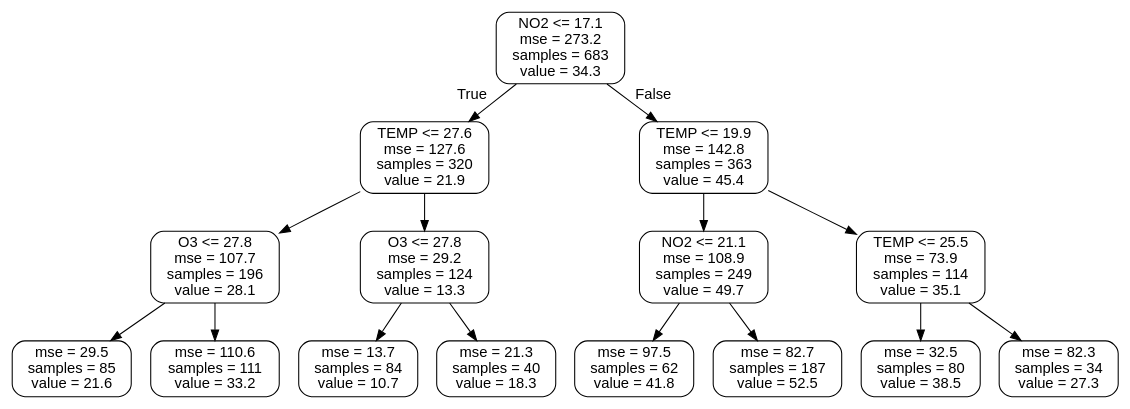
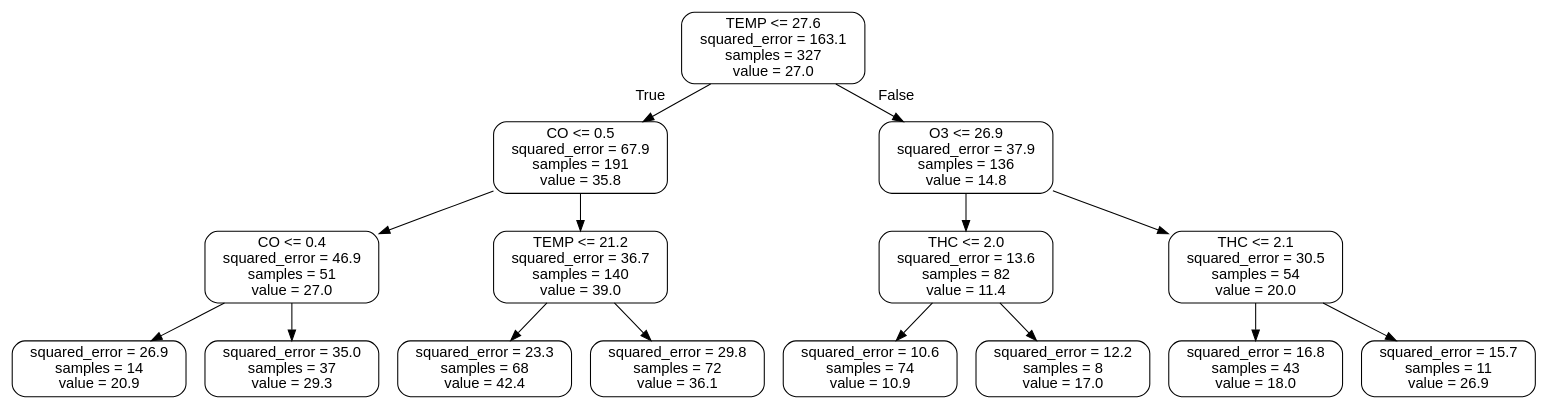
One commit to bunshue/vcs changed the diagram in _4.python/__code/Python-PM2.5-DataAnalyzing-master/small_tree.dot. Above: the diagram before and after it, drawn with Graphviz. The commit also changed 80 other files, not shown here.

```diff
--- a/_4.python/__code/Python-PM2.5-DataAnalyzing-master/small_tree.dot
+++ b/_4.python/__code/Python-PM2.5-DataAnalyzing-master/small_tree.dot
@@ -1,33 +1,33 @@
 digraph Tree {
-node [shape=box, style="rounded", color="black", fontname=helvetica] ;
-edge [fontname=helvetica] ;
-0 [label="NO2 <= 17.1\nmse = 273.2\nsamples = 683\nvalue = 34.3"] ;
-1 [label="TEMP <= 27.6\nmse = 127.6\nsamples = 320\nvalue = 21.9"] ;
+node [shape=box, style="rounded", color="black", fontname="helvetica"] ;
+edge [fontname="helvetica"] ;
+0 [label="TEMP <= 27.6\nsquared_error = 163.1\nsamples = 327\nvalue = 27.0"] ;
+1 [label="CO <= 0.5\nsquared_error = 67.9\nsamples = 191\nvalue = 35.8"] ;
 0 -> 1 [labeldistance=2.5, labelangle=45, headlabel="True"] ;
-2 [label="O3 <= 27.8\nmse = 107.7\nsamples = 196\nvalue = 28.1"] ;
+2 [label="CO <= 0.4\nsquared_error = 46.9\nsamples = 51\nvalue = 27.0"] ;
 1 -> 2 ;
-3 [label="mse = 29.5\nsamples = 85\nvalue = 21.6"] ;
+3 [label="squared_error = 26.9\nsamples = 14\nvalue = 20.9"] ;
 2 -> 3 ;
-4 [label="mse = 110.6\nsamples = 111\nvalue = 33.2"] ;
+4 [label="squared_error = 35.0\nsamples = 37\nvalue = 29.3"] ;
 2 -> 4 ;
-5 [label="O3 <= 27.8\nmse = 29.2\nsamples = 124\nvalue = 13.3"] ;
+5 [label="TEMP <= 21.2\nsquared_error = 36.7\nsamples = 140\nvalue = 39.0"] ;
 1 -> 5 ;
-6 [label="mse = 13.7\nsamples = 84\nvalue = 10.7"] ;
+6 [label="squared_error = 23.3\nsamples = 68\nvalue = 42.4"] ;
 5 -> 6 ;
-7 [label="mse = 21.3\nsamples = 40\nvalue = 18.3"] ;
+7 [label="squared_error = 29.8\nsamples = 72\nvalue = 36.1"] ;
 5 -> 7 ;
-8 [label="TEMP <= 19.9\nmse = 142.8\nsamples = 363\nvalue = 45.4"] ;
+8 [label="O3 <= 26.9\nsquared_error = 37.9\nsamples = 136\nvalue = 14.8"] ;
 0 -> 8 [labeldistance=2.5, labelangle=-45, headlabel="False"] ;
-9 [label="NO2 <= 21.1\nmse = 108.9\nsamples = 249\nvalue = 49.7"] ;
+9 [label="THC <= 2.0\nsquared_error = 13.6\nsamples = 82\nvalue = 11.4"] ;
 8 -> 9 ;
-10 [label="mse = 97.5\nsamples = 62\nvalue = 41.8"] ;
+10 [label="squared_error = 10.6\nsamples = 74\nvalue = 10.9"] ;
 9 -> 10 ;
-11 [label="mse = 82.7\nsamples = 187\nvalue = 52.5"] ;
+11 [label="squared_error = 12.2\nsamples = 8\nvalue = 17.0"] ;
 9 -> 11 ;
-12 [label="TEMP <= 25.5\nmse = 73.9\nsamples = 114\nvalue = 35.1"] ;
+12 [label="THC <= 2.1\nsquared_error = 30.5\nsamples = 54\nvalue = 20.0"] ;
 8 -> 12 ;
-13 [label="mse = 32.5\nsamples = 80\nvalue = 38.5"] ;
+13 [label="squared_error = 16.8\nsamples = 43\nvalue = 18.0"] ;
 12 -> 13 ;
-14 [label="mse = 82.3\nsamples = 34\nvalue = 27.3"] ;
+14 [label="squared_error = 15.7\nsamples = 11\nvalue = 26.9"] ;
 12 -> 14 ;
 }
```
